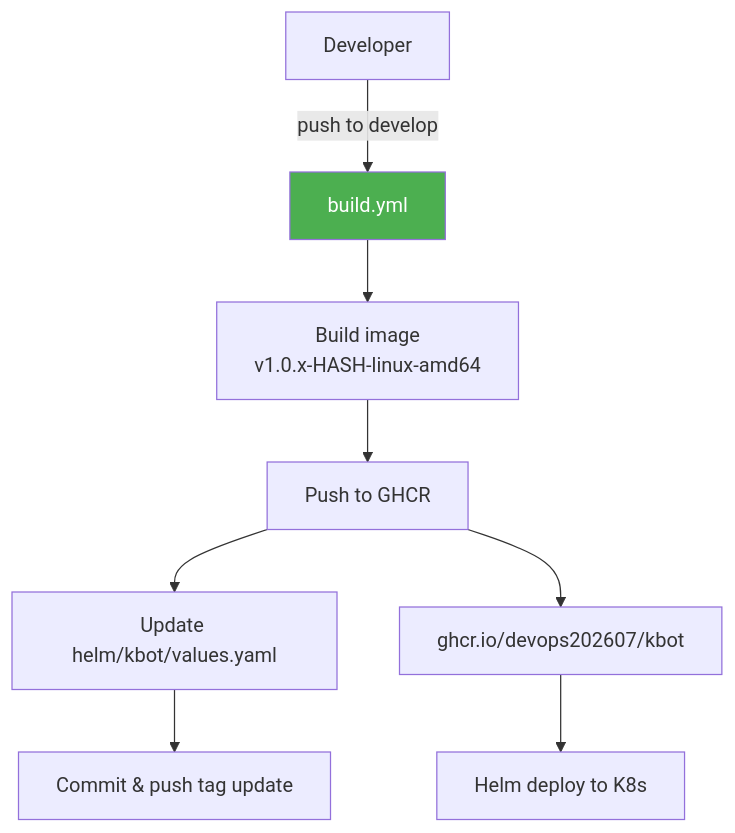
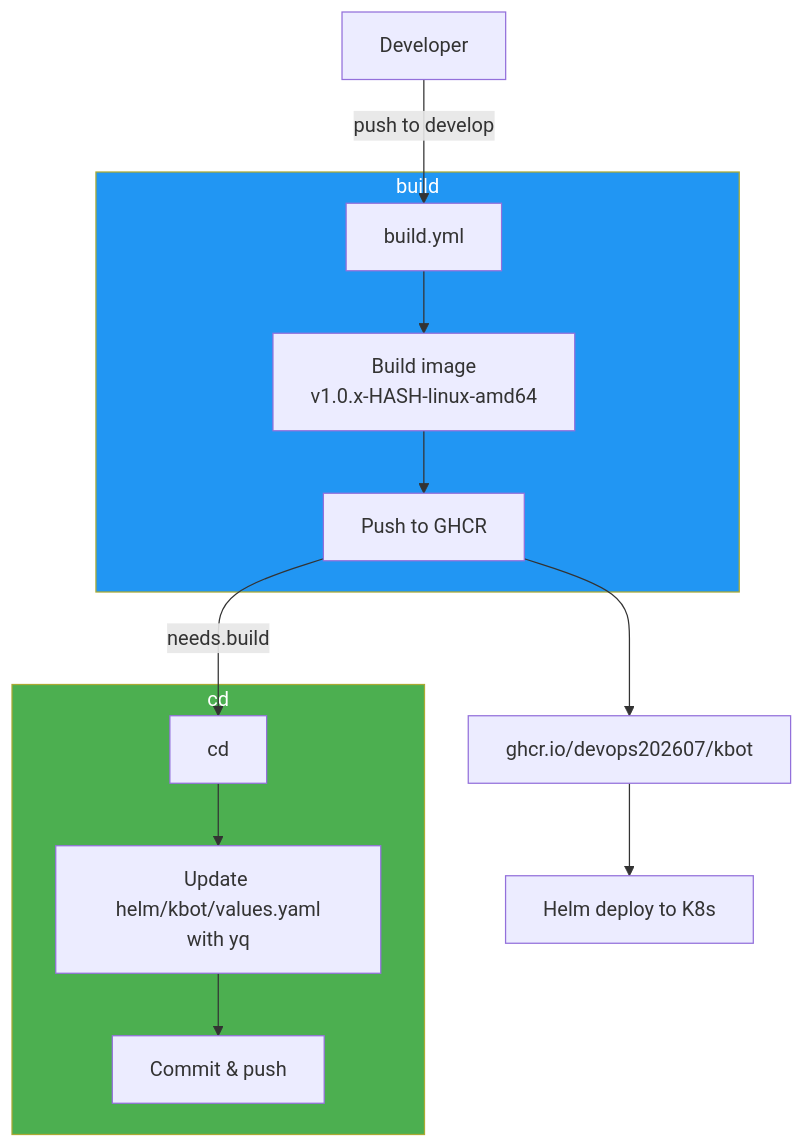
The diagram in README.md (devops202607/kbot), drawn with Mermaid before and after one commit. The commit also changed 1 other file, not shown here.

Commit message:
refactor: split build/cd jobs, use yq for helm values update

````diff
--- a/README.md
+++ b/README.md
@@ -13,14 +13,22 @@
 ```mermaid
 flowchart TD
     A[Developer] -->|push to develop| B[build.yml]
 
-    B --> C[Build image<br/>v1.0.x-HASH-linux-amd64]
-    C --> D[Push to GHCR]
-    D --> E[Update helm/kbot/values.yaml]
-    E --> F[Commit & push tag update]
+    subgraph build
+        B --> C[Build image<br/>v1.0.x-HASH-linux-amd64]
+        C --> D[Push to GHCR]
+    end
 
-    D --> G[ghcr.io/devops202607/kbot]
-    G --> H[Helm deploy to K8s]
+    D -->|needs.build| E[cd]
 
-    style B fill:#4caf50,color:#fff
+    subgraph cd
+        E --> F[Update helm/kbot/values.yaml<br/>with yq]
+        F --> G[Commit & push]
+    end
+
+    D --> H[ghcr.io/devops202607/kbot]
+    H --> I[Helm deploy to K8s]
+
+    style build fill:#2196f3,color:#fff
+    style cd fill:#4caf50,color:#fff
 ```
````
